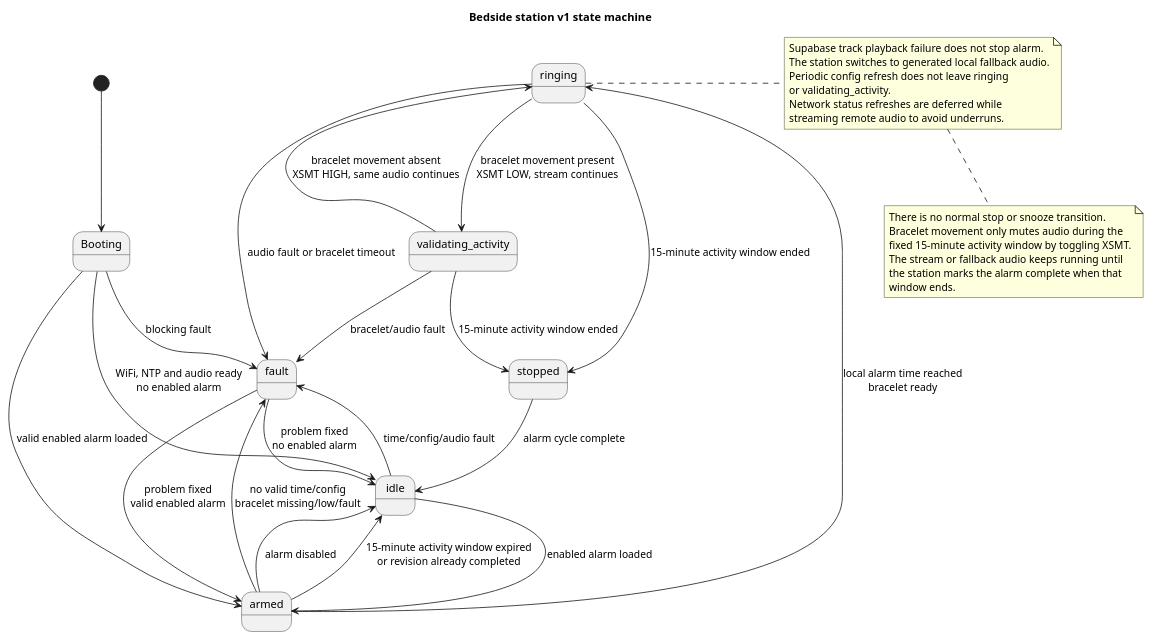
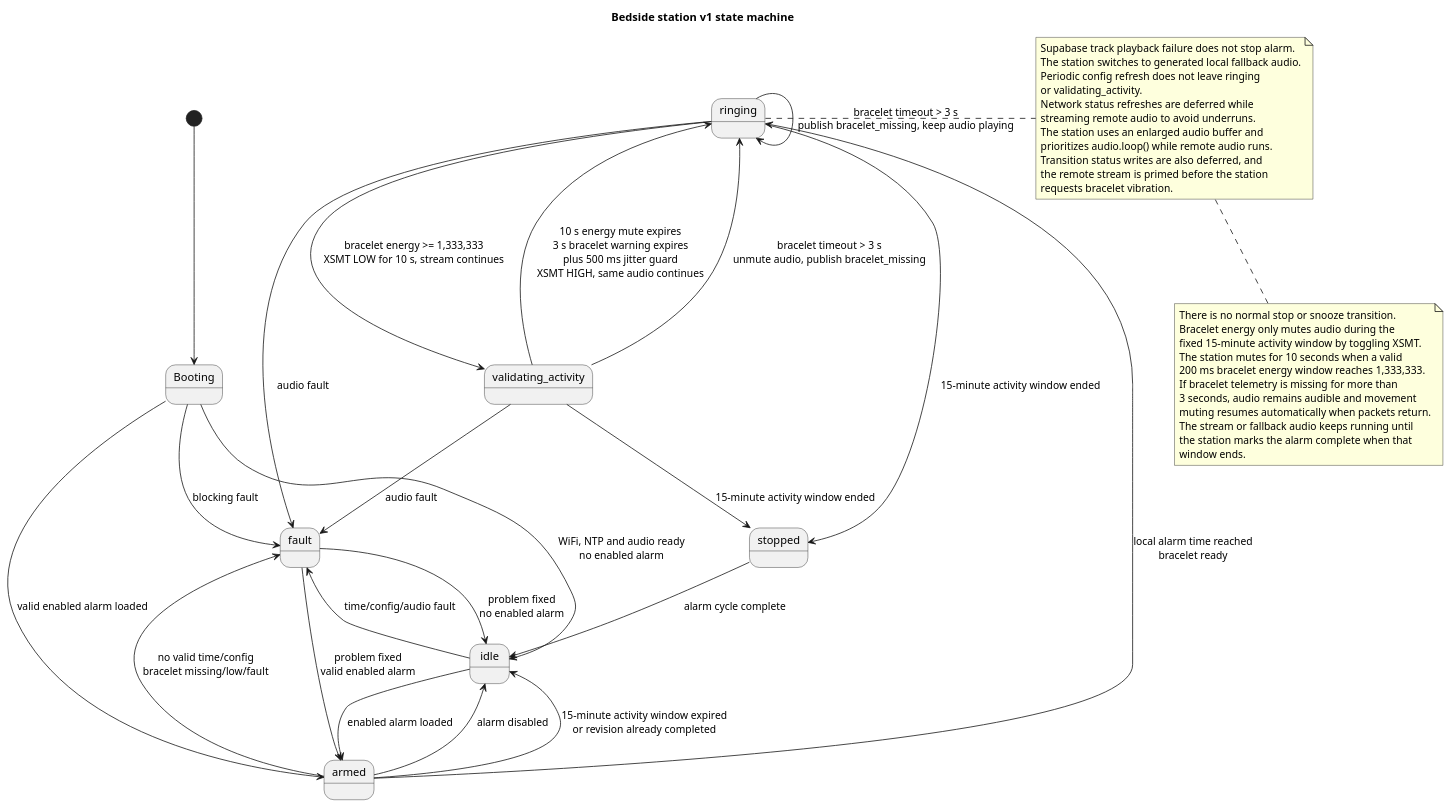
Before and after one commit to Jzn-wbr/Starter: the diagram in code/boite hp/UML/station_state_machine.puml, drawn with PlantUML. The commit also changed 23 other files, not shown here.

```diff
--- a/code/boite hp/UML/station_state_machine.puml
+++ b/code/boite hp/UML/station_state_machine.puml
@@ -1,48 +1,60 @@
 @startuml
 title Bedside station v1 state machine
 
 [*] --> Booting
 Booting --> idle : WiFi, NTP and audio ready\nno enabled alarm
 Booting --> armed : valid enabled alarm loaded
 Booting --> fault : blocking fault
 
 idle --> armed : enabled alarm loaded
 idle --> fault : time/config/audio fault
 
 armed --> idle : alarm disabled
 armed --> ringing : local alarm time reached\nbracelet ready
 armed --> idle : 15-minute activity window expired\nor revision already completed
 armed --> fault : no valid time/config\nbracelet missing/low/fault
 
-ringing --> validating_activity : bracelet movement present\nXSMT LOW, stream continues
+ringing --> validating_activity : bracelet energy >= 1,333,333\nXSMT LOW for 10 s, stream continues
 ringing --> stopped : 15-minute activity window ended
-ringing --> fault : audio fault or bracelet timeout
+ringing --> ringing : bracelet timeout > 3 s\npublish bracelet_missing, keep audio playing
+ringing --> fault : audio fault
 
-validating_activity --> ringing : bracelet movement absent\nXSMT HIGH, same audio continues
+validating_activity --> ringing : 10 s energy mute expires\n3 s bracelet warning expires\nplus 500 ms jitter guard\nXSMT HIGH, same audio continues
+validating_activity --> ringing : bracelet timeout > 3 s\nunmute audio, publish bracelet_missing
 validating_activity --> stopped : 15-minute activity window ended
-validating_activity --> fault : bracelet/audio fault
+validating_activity --> fault : audio fault
 
 stopped --> idle : alarm cycle complete
 
 fault --> idle : problem fixed\nno enabled alarm
 fault --> armed : problem fixed\nvalid enabled alarm
 
 note right of ringing
 Supabase track playback failure does not stop alarm.
 The station switches to generated local fallback audio.
 Periodic config refresh does not leave ringing
 or validating_activity.
 Network status refreshes are deferred while
 streaming remote audio to avoid underruns.
+The station uses an enlarged audio buffer and
+prioritizes audio.loop() while remote audio runs.
+Transition status writes are also deferred, and
+the remote stream is primed before the station
+requests bracelet vibration.
 end note
 
 note bottom
 There is no normal stop or snooze transition.
-Bracelet movement only mutes audio during the
+Bracelet energy only mutes audio during the
 fixed 15-minute activity window by toggling XSMT.
+The station mutes for 10 seconds when a valid
+200 ms bracelet energy window reaches 1,333,333.
+If bracelet telemetry is missing for more than
+3 seconds, audio remains audible and movement
+muting resumes automatically when packets return.
 The stream or fallback audio keeps running until
 the station marks the alarm complete when that
 window ends.
 end note
 
 @enduml
```
